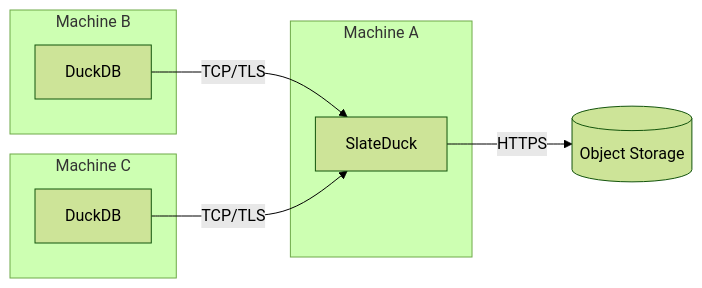
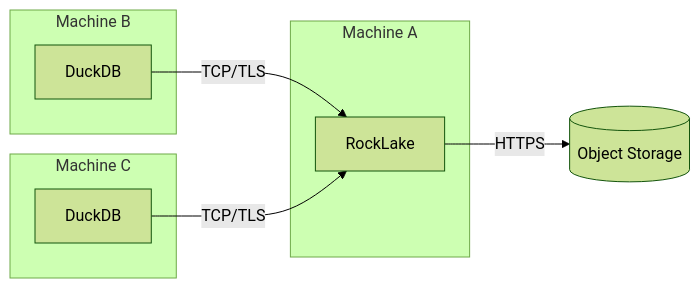
Before and after one commit to trickle-labs/rocklake: the fourth of 6 diagrams in docs/architecture/overview.md, drawn with Mermaid (forest theme). The commit also changed other lines of this file and 398 other files, not shown here.

First line of the commit message:
rename: SlateDuck -> RockLake across entire codebase (#48)

````diff
--- a/docs/architecture/overview.md
+++ b/docs/architecture/overview.md
@@ -217,15 +217,15 @@
 ```mermaid
 graph LR
     subgraph "Machine A"
-        SD[SlateDuck]
+        SD[RockLake]
     end
     subgraph "Machine B"
         DDB1[DuckDB]
     end
     subgraph "Machine C"
         DDB2[DuckDB]
     end
     DDB1 -->|TCP/TLS| SD
     DDB2 -->|TCP/TLS| SD
     SD -->|HTTPS| S3[(Object Storage)]
 ```
````
